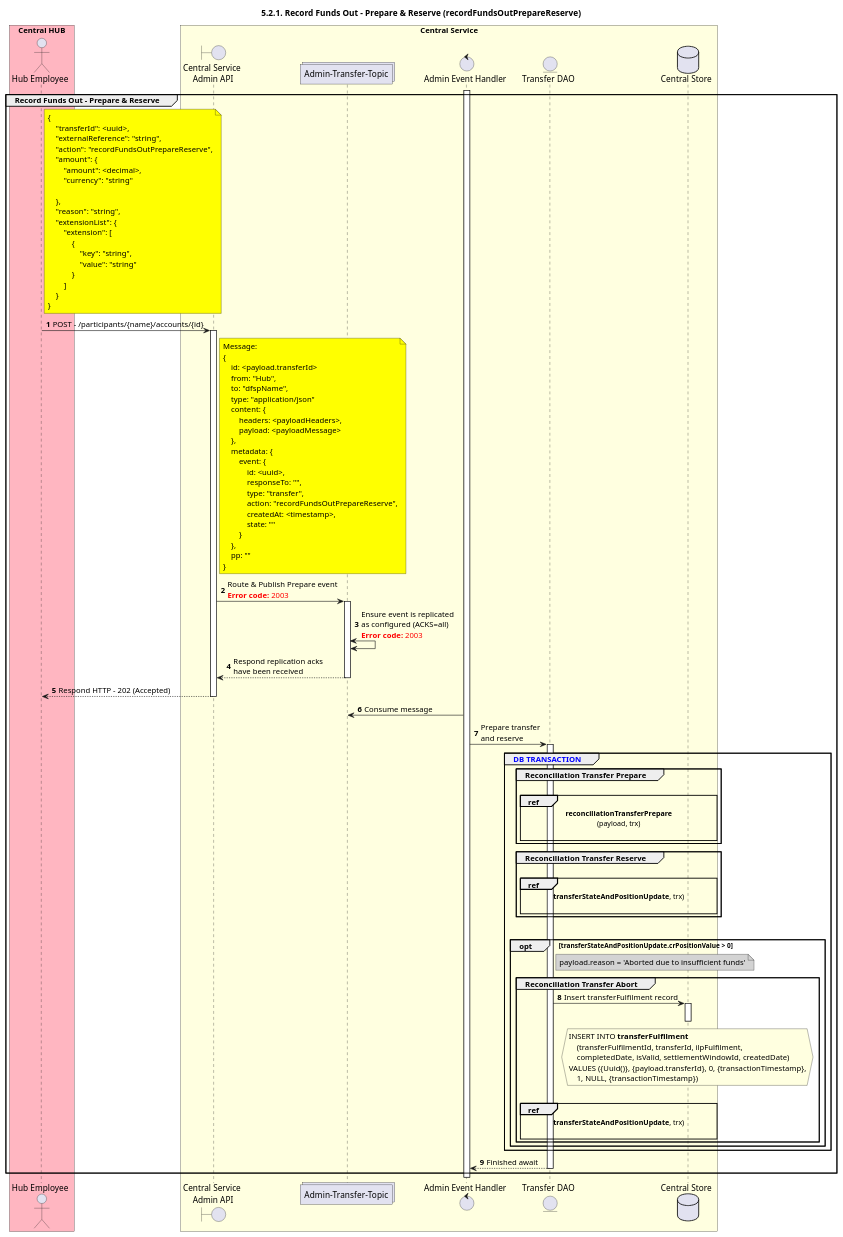
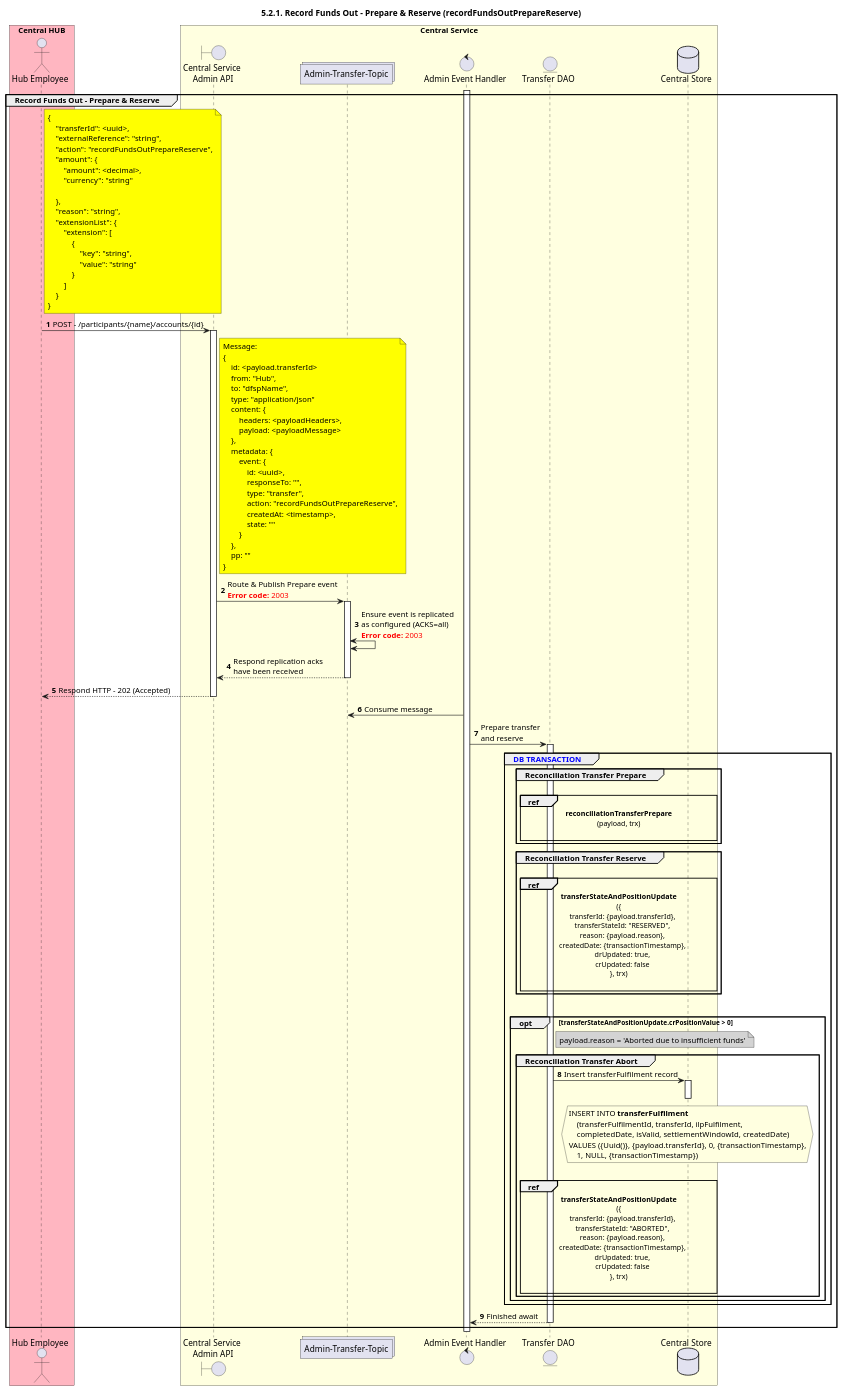
The diagram in mojaloop-technical-overview/central-settlements/funds-in-out/assets/diagrams/sequence/seq-recfunds-5.2.1-out-prepare-reserve.plantuml (mojaloop/documentation), drawn with PlantUML before and after one commit. The commit also changed 3 other files, not shown here.

```diff
--- a/mojaloop-technical-overview/central-settlements/funds-in-out/assets/diagrams/sequence/seq-recfunds-5.2.1-out-prepare-reserve.plantuml
+++ b/mojaloop-technical-overview/central-settlements/funds-in-out/assets/diagrams/sequence/seq-recfunds-5.2.1-out-prepare-reserve.plantuml
@@ -25,133 +25,133 @@
 @startuml
 ' declate title
 title 5.2.1. Record Funds Out - Prepare & Reserve (recordFundsOutPrepareReserve)
 
 autonumber
 
 ' Actor Keys:
 '   boundary - APIs/Interfaces, etc
 '   collections - Kafka Topics
 '   control - Kafka Consumers
 '   entity - Database Access Objects
 '   database - Database Persistance Store
 
 ' declare actors
 actor "Hub Employee" as OPERATOR
 boundary "Central Service\n Admin API" as CS_ADMIN_API
 collections "Admin-Transfer-Topic" as TOPIC_ADMIN_TRANSFER
 control "Admin Event Handler" as ADMIN_HANDLER
 entity "Transfer DAO" as TRANSFER_DAO
 database "Central Store" as DB
 
 box "Central HUB" #lightpink
     participant OPERATOR
 end box
 
 box "Central Service" #LightYellow
     participant CS_ADMIN_API
 	participant TOPIC_ADMIN_TRANSFER
     participant ADMIN_HANDLER
     participant TRANSFER_DAO
     participant DB
 end box
 
 ' start flow
 activate ADMIN_HANDLER
 group Record Funds Out - Prepare & Reserve
     note right of OPERATOR #yellow
         {
             "transferId": <uuid>,
             "externalReference": "string",
             "action": "recordFundsOutPrepareReserve",
             "amount": {
                 "amount": <decimal>,
                 "currency": "string"
 
             },
             "reason": "string",
             "extensionList": {
                 "extension": [
                     {
                         "key": "string",
                         "value": "string"
                     }
                 ]
             }
         }
     end note
     OPERATOR -> CS_ADMIN_API: POST - /participants/{name}/accounts/{id}
     activate CS_ADMIN_API
 
     note right of CS_ADMIN_API #yellow
         Message:
         {
             id: <payload.transferId>
             from: "Hub",
             to: "dfspName",
             type: "application/json"
             content: {
                 headers: <payloadHeaders>,
                 payload: <payloadMessage>
             },
             metadata: {
                 event: {
                     id: <uuid>,
                     responseTo: "",
                     type: "transfer",
                     action: "recordFundsOutPrepareReserve",
                     createdAt: <timestamp>,
                     state: ""
                 }
             },
             pp: ""
         }
     end note
     CS_ADMIN_API -> TOPIC_ADMIN_TRANSFER: Route & Publish Prepare event\n<color #FF0000><b>Error code:</b> 2003</color>
     activate TOPIC_ADMIN_TRANSFER
     TOPIC_ADMIN_TRANSFER <-> TOPIC_ADMIN_TRANSFER: Ensure event is replicated\nas configured (ACKS=all)\n<color #FF0000><b>Error code:</b> 2003</color>
     TOPIC_ADMIN_TRANSFER --> CS_ADMIN_API: Respond replication acks\nhave been received
     deactivate TOPIC_ADMIN_TRANSFER
     CS_ADMIN_API ---> OPERATOR: Respond HTTP - 202 (Accepted)
     deactivate CS_ADMIN_API
 
     TOPIC_ADMIN_TRANSFER <- ADMIN_HANDLER: Consume message
     ADMIN_HANDLER -> TRANSFER_DAO: Prepare transfer\nand reserve
     activate TRANSFER_DAO
     group <color #blue>DB TRANSACTION</color>
         group Reconciliation Transfer Prepare
             |||
-            ref over TRANSFER_DAO, DB:**reconciliationTransferPrepare**\n(payload, trx)\n
+            ref over TRANSFER_DAO, DB: **reconciliationTransferPrepare**\n(payload, trx)\n
         end
 
         group Reconciliation Transfer Reserve
             |||
-            ref over TRANSFER_DAO, DB:**transferStateAndPositionUpdate**, trx)\n
+            ref over TRANSFER_DAO, DB: **transferStateAndPositionUpdate**\n({\n    transferId: {payload.transferId},\n    transferStateId: "RESERVED",\n    reason: {payload.reason},\n    createdDate: {transactionTimestamp},\n    drUpdated: true,\n    crUpdated: false\n}, trx)\n
         end
 
         |||
         opt transferStateAndPositionUpdate.crPositionValue > 0
             note right of TRANSFER_DAO #lightgray
                 payload.reason = 'Aborted due to insufficient funds'
             end note
 
             group Reconciliation Transfer Abort
                 TRANSFER_DAO -> DB: Insert transferFulfilment record
                 activate DB
                 deactivate DB
                 hnote over DB #lightyellow
                     INSERT INTO **transferFulfilment**
                         (transferFulfilmentId, transferId, ilpFulfilment,
                         completedDate, isValid, settlementWindowId, createdDate)
                     VALUES ({Uuid()}, {payload.transferId}, 0, {transactionTimestamp},
                         1, NULL, {transactionTimestamp})
                 end hnote
                 |||
-                ref over TRANSFER_DAO, DB:**transferStateAndPositionUpdate**, trx)\n
+                ref over TRANSFER_DAO, DB: **transferStateAndPositionUpdate**\n({\n    transferId: {payload.transferId},\n    transferStateId: "ABORTED",\n    reason: {payload.reason},\n    createdDate: {transactionTimestamp},\n    drUpdated: true,\n    crUpdated: false\n}, trx)\n
             end
         end
     end
     ADMIN_HANDLER <-- TRANSFER_DAO: Finished await
     deactivate TRANSFER_DAO
 end
 deactivate ADMIN_HANDLER
 @enduml
```
